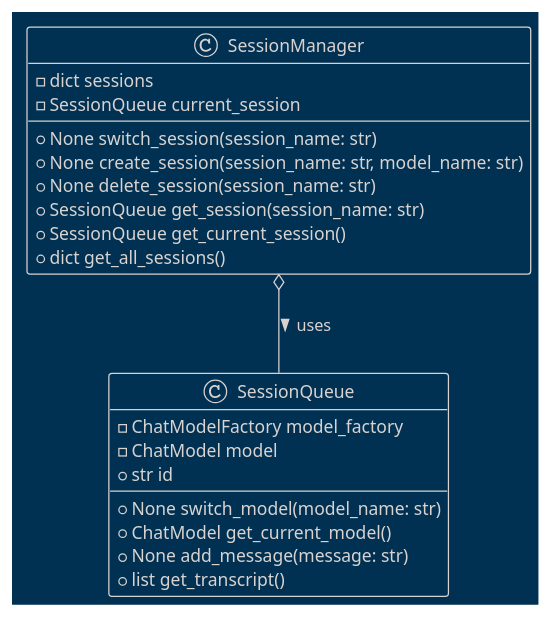
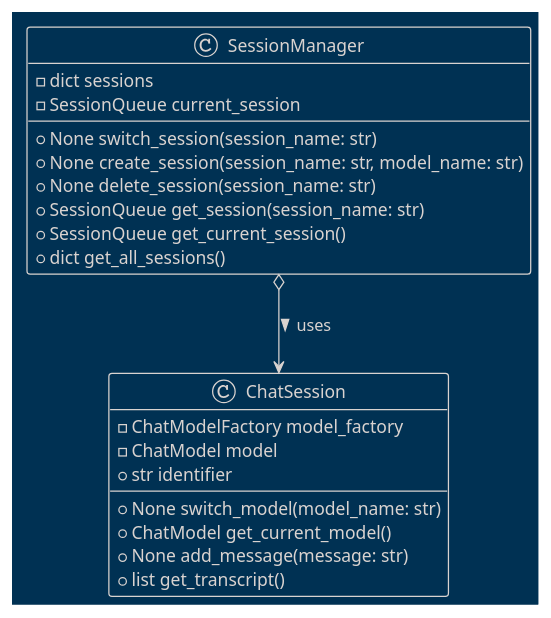
The diagram in docs/diagrams/plantuml/session_manager.puml (teleprint-me/py.gpt.prompt), drawn with PlantUML before and after one commit. The commit also changed 5 other files, not shown here.

```diff
--- a/docs/diagrams/plantuml/session_manager.puml
+++ b/docs/diagrams/plantuml/session_manager.puml
@@ -1,26 +1,26 @@
 @startuml SessionManager
 !theme blueprint
+
+class ChatSession {
+    - ChatModelFactory model_factory
+    - ChatModel model
+    + str identifier
+    + None switch_model(model_name: str)
+    + ChatModel get_current_model()
+    + None add_message(message: str)
+    + list get_transcript()
+}
 
 class SessionManager {
     - dict sessions
     - SessionQueue current_session
     + None switch_session(session_name: str)
     + None create_session(session_name: str, model_name: str)
     + None delete_session(session_name: str)
     + SessionQueue get_session(session_name: str)
     + SessionQueue get_current_session()
     + dict get_all_sessions()
 }
 
-class SessionQueue {
-    - ChatModelFactory model_factory
-    - ChatModel model
-    + str id
-    + None switch_model(model_name: str)
-    + ChatModel get_current_model()
-    + None add_message(message: str)
-    + list get_transcript()
-}
-
-SessionManager o-- SessionQueue : uses >
+SessionManager o--> ChatSession : uses >
 @enduml
```
